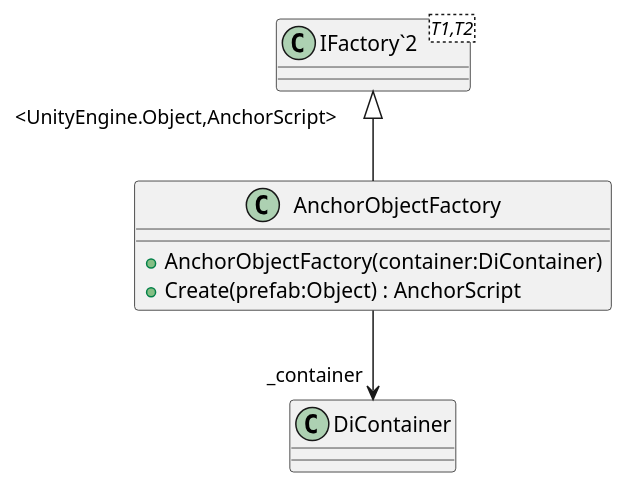
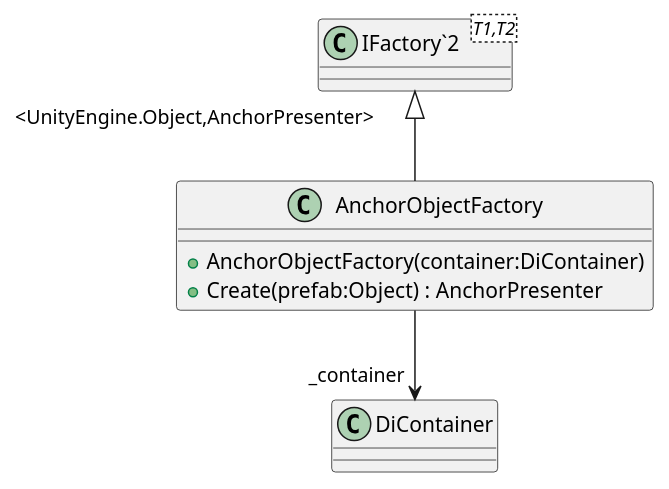
Before and after one commit to DeNatur/ProductionFloorVisualization: the diagram in UML/Assets/Scripts/AnchorObjectFactory.puml, drawn with PlantUML. The commit also changed 19 other files, not shown here.

Commit message:
Generate UML (Generate UML)

```diff
--- a/UML/Assets/Scripts/AnchorObjectFactory.puml
+++ b/UML/Assets/Scripts/AnchorObjectFactory.puml
@@ -1,10 +1,10 @@
 @startuml
 class AnchorObjectFactory {
     + AnchorObjectFactory(container:DiContainer)
-    + Create(prefab:Object) : AnchorScript
+    + Create(prefab:Object) : AnchorPresenter
 }
 class "IFactory`2"<T1,T2> {
 }
-"IFactory`2" "<UnityEngine.Object,AnchorScript>" <|-- AnchorObjectFactory
+"IFactory`2" "<UnityEngine.Object,AnchorPresenter>" <|-- AnchorObjectFactory
 AnchorObjectFactory --> "_container" DiContainer
 @enduml
```
